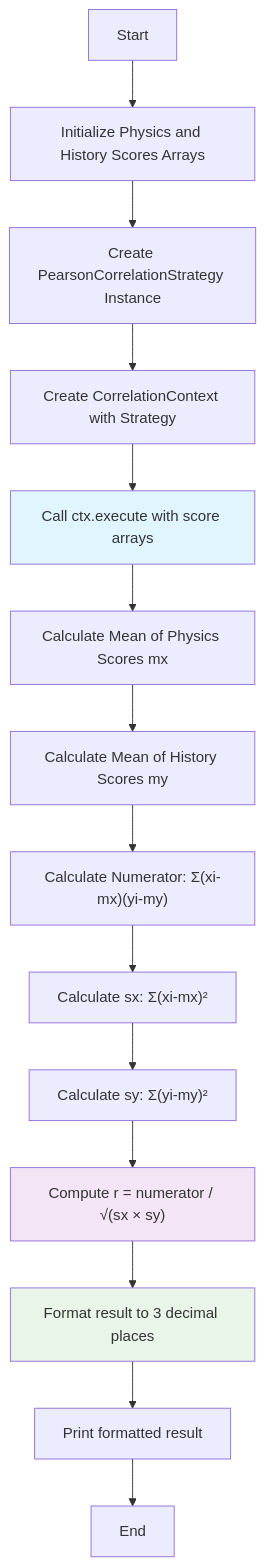
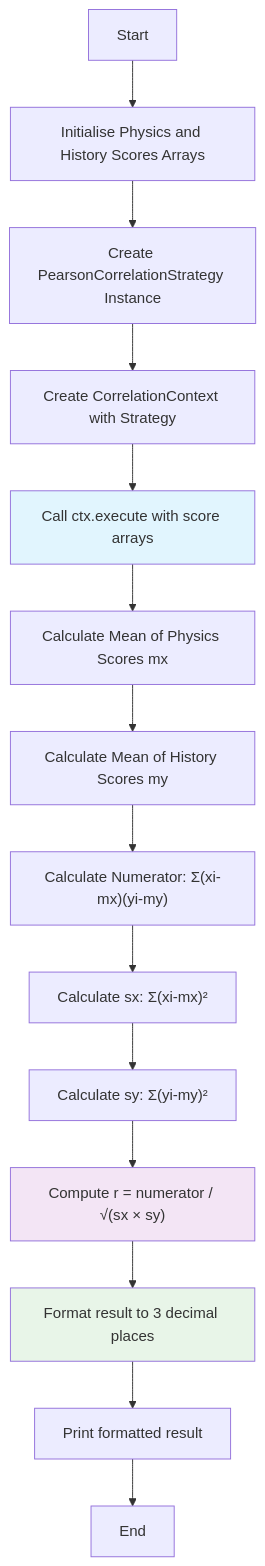
One commit to arturogonzalezm/correlation_and_regression_lines_hackerrank changed the second of 2 diagrams in README.md. Above: the diagram before and after it, drawn with Mermaid. The commit also changed other lines of this file, not shown here.

Commit message:
Pearson Correlation Coefficient or Correlation and Regression Lines - A Quick Recap #1

````diff
--- a/README.md
+++ b/README.md
@@ -93,20 +93,20 @@
 ```mermaid
 flowchart TD
-    A[Start] --> B[Initialize Physics and History Scores Arrays]
+    A[Start] --> B[Initialise Physics and History Scores Arrays]
     B --> C[Create PearsonCorrelationStrategy Instance]
     C --> D[Create CorrelationContext with Strategy]
     D --> E[Call ctx.execute with score arrays]
     E --> F[Calculate Mean of Physics Scores mx]
     F --> G[Calculate Mean of History Scores my]
     G --> H["Calculate Numerator: Σ(xi-mx)(yi-my)"]
     H --> I["Calculate sx: Σ(xi-mx)²"]
     I --> J["Calculate sy: Σ(yi-my)²"]
     J --> K["Compute r = numerator / √(sx × sy)"]
     K --> L[Format result to 3 decimal places]
     L --> M[Print formatted result]
     M --> N[End]
     
     style E fill:#e1f5fe
     style K fill:#f3e5f5
     style L fill:#e8f5e8
 ```
````
